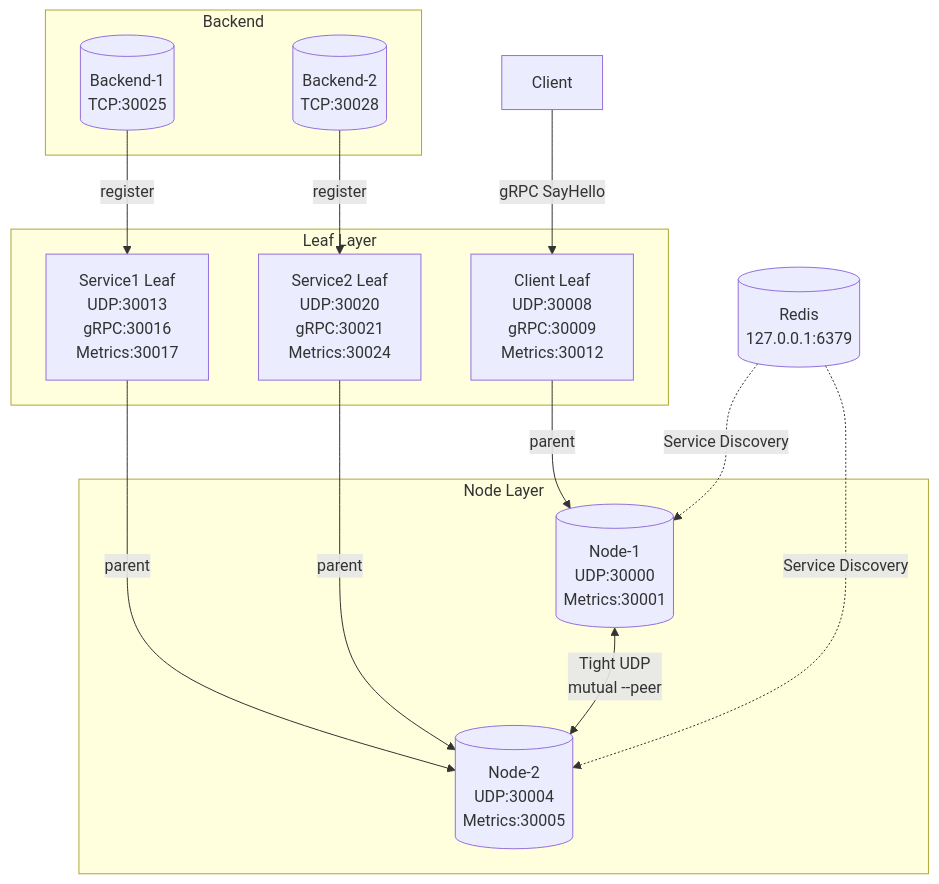
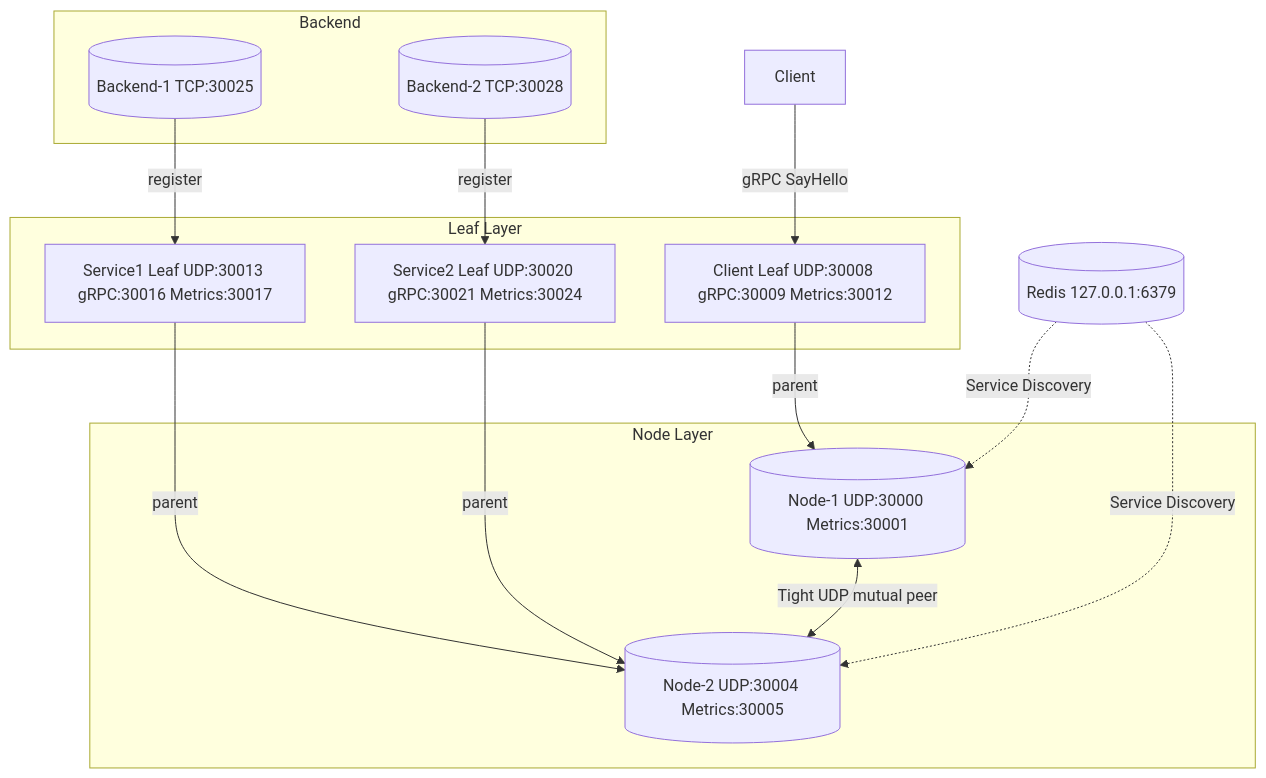
The diagram in docs/testing.md (arrayforward/creek), drawn with Mermaid before and after one commit. The commit also changed 2 other files, not shown here.

Commit message:
fix: remove mermaid br tags causing GitHub render failure
architecture.md: all 9 charts cleaned, br tags removed, subgraph blocks flattened
testing.md: port labels flattened to single line
redis.md: Note over lines use single line

````diff
--- a/docs/testing.md
+++ b/docs/testing.md
@@ -133,29 +133,29 @@
 ```mermaid
 graph TB
     subgraph "Node Layer"
-        N1[(Node-1<br/>UDP:30000<br/>Metrics:30001)]
-        N2[(Node-2<br/>UDP:30004<br/>Metrics:30005)]
-        N1 <-->|Tight UDP<br/>mutual --peer| N2
+        N1[(Node-1 UDP:30000 Metrics:30001)]
+        N2[(Node-2 UDP:30004 Metrics:30005)]
+        N1 <-->|Tight UDP mutual peer| N2
     end
 
     subgraph "Leaf Layer"
-        CL[Client Leaf<br/>UDP:30008<br/>gRPC:30009<br/>Metrics:30012]
-        S1L[Service1 Leaf<br/>UDP:30013<br/>gRPC:30016<br/>Metrics:30017]
-        S2L[Service2 Leaf<br/>UDP:30020<br/>gRPC:30021<br/>Metrics:30024]
+        CL[Client Leaf UDP:30008 gRPC:30009 Metrics:30012]
+        S1L[Service1 Leaf UDP:30013 gRPC:30016 Metrics:30017]
+        S2L[Service2 Leaf UDP:30020 gRPC:30021 Metrics:30024]
     end
 
     subgraph "Backend"
-        B1[(Backend-1<br/>TCP:30025)]
-        B2[(Backend-2<br/>TCP:30028)]
+        B1[(Backend-1 TCP:30025)]
+        B2[(Backend-2 TCP:30028)]
     end
 
     CL -->|parent| N1
     S1L -->|parent| N2
     S2L -->|parent| N2
     B1 -->|register| S1L
     B2 -->|register| S2L
     Client -->|gRPC SayHello| CL
 
-    R[(Redis<br/>127.0.0.1:6379)] -.->|Service Discovery| N1
+    R[(Redis 127.0.0.1:6379)] -.->|Service Discovery| N1
     R -.->|Service Discovery| N2
 ```
````
